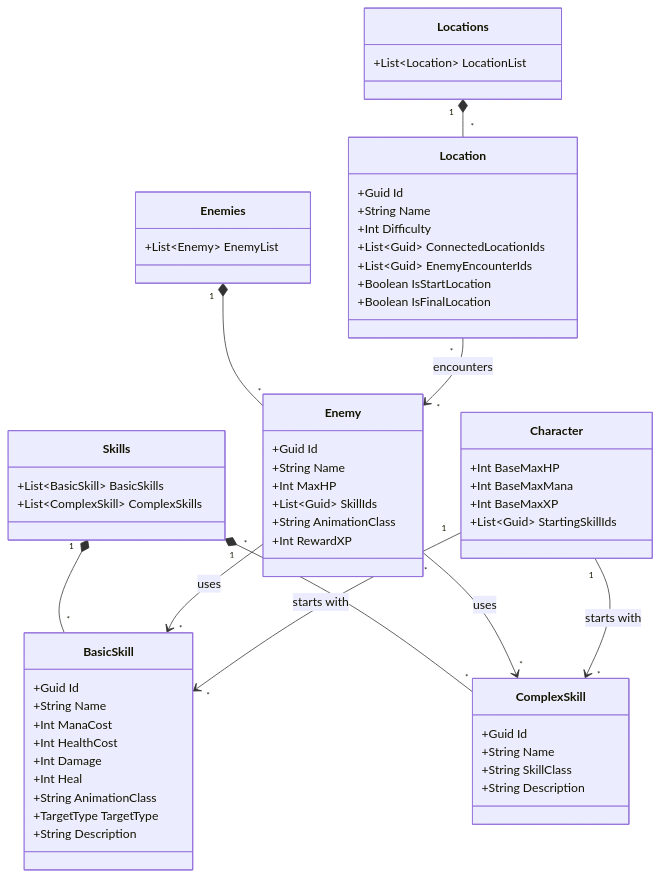
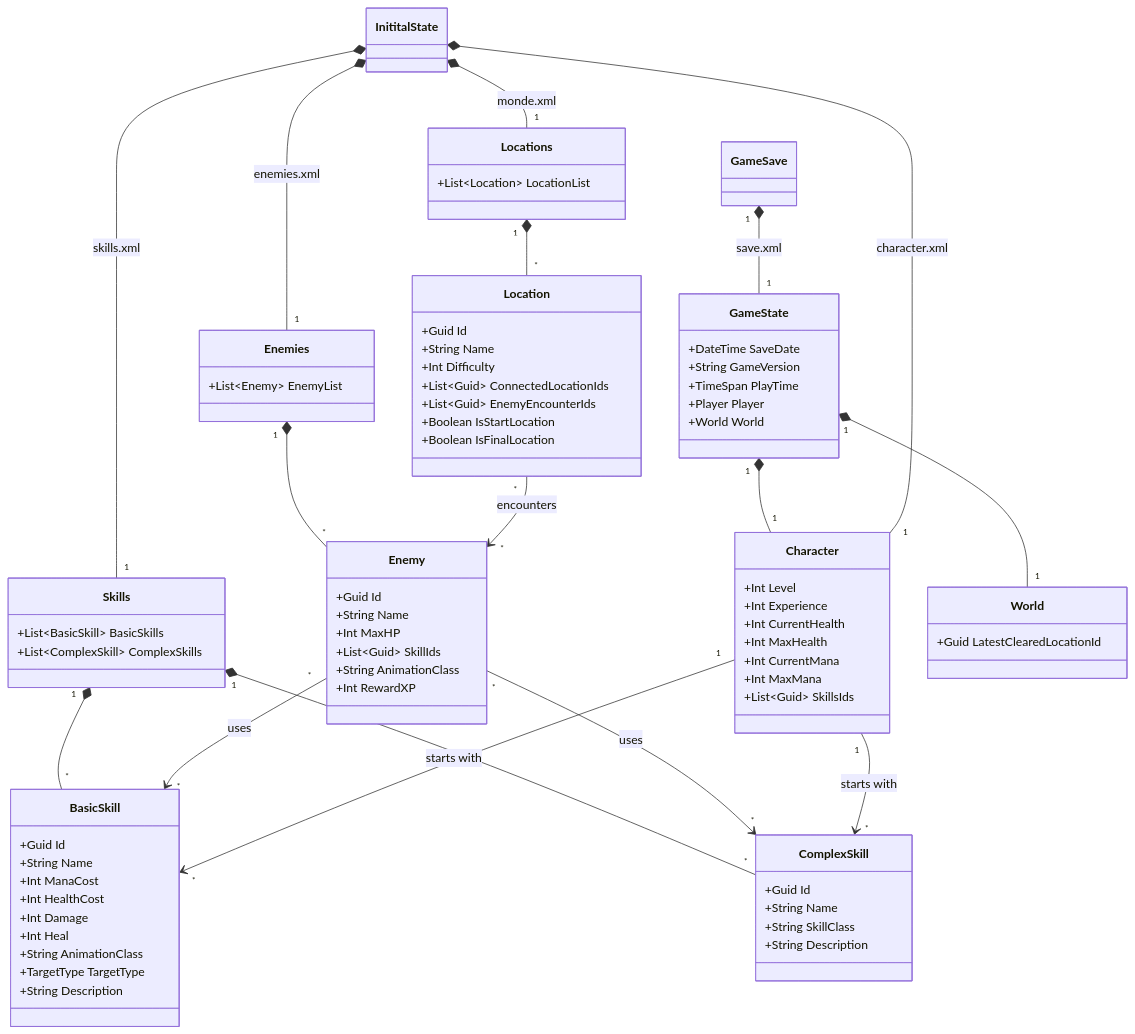
The diagram in docs/Predefined Data.md (d0rich/EchoReborn), drawn with Mermaid before and after one commit.

Commit message:
Update class diagram

```diff
--- a/docs/Predefined Data.md
+++ b/docs/Predefined Data.md
@@ -121,13 +121,37 @@
         +String AnimationClass
         +Int RewardXP
     }
+
+    class GameState {
+        +DateTime SaveDate
+        +String GameVersion
+        +TimeSpan PlayTime
+        +Player Player
+        +World World
+    }
+
+    class Character {
+        +Int Level
+        +Int Experience
+        +Int CurrentHealth
+        +Int MaxHealth
+        +Int CurrentMana
+        +Int MaxMana
+        +List~Guid~ SkillsIds
+    }
+
+    class World {
+        +Guid LatestClearedLocationId
+    }
+
+    GameSave "1" *-- "1" GameState : save.xml
+    GameState "1" *-- "1" Character
+    GameState "1" *-- "1" World
     
-    class Character {
-        +Int BaseMaxHP
-        +Int BaseMaxMana
-        +Int BaseMaxXP
-        +List~Guid~ StartingSkillIds
-    }
+    InititalState *-- "1" Skills : skills.xml
+    InititalState *-- "1" Locations : monde.xml
+    InititalState *-- "1" Enemies : enemies.xml
+    InititalState *-- "1" Character : character.xml
     
     Skills "1" *-- "*" BasicSkill
     Skills "1" *-- "*" ComplexSkill
```
